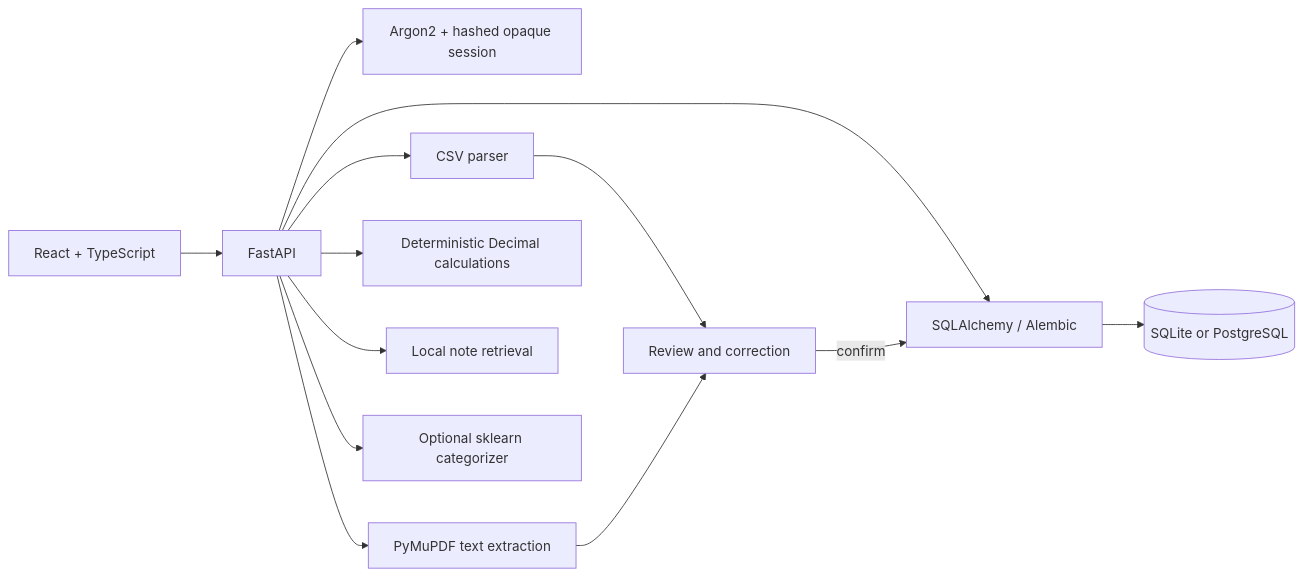
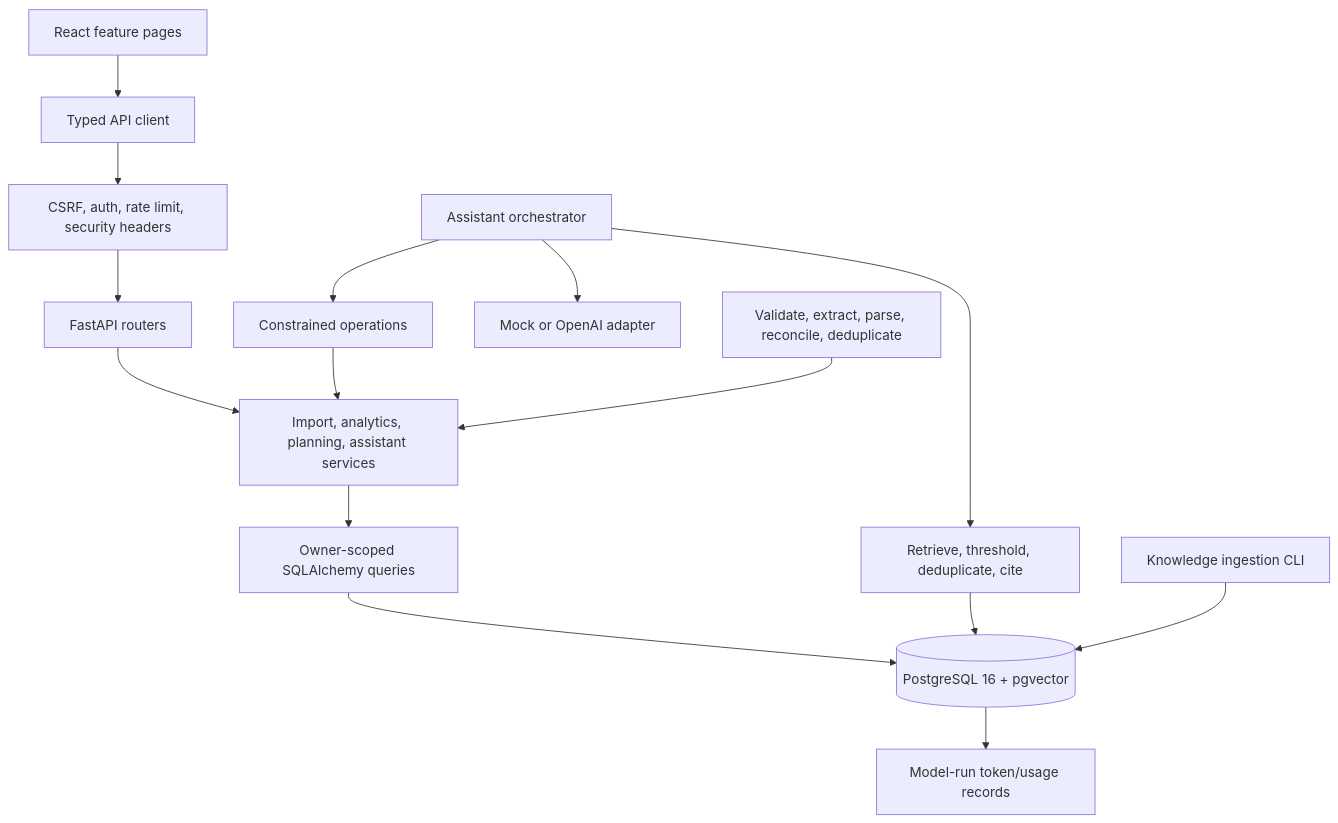
One commit to rishita0706/FINSIGHT-AI changed the diagram in docs/architecture.md. Above: the diagram before and after it, drawn with Mermaid. The commit also changed other lines of this file and 48 other files, not shown here.

````diff
--- a/docs/architecture.md
+++ b/docs/architecture.md
@@ -5,15 +5,17 @@
 ```mermaid
-flowchart LR
-  Browser[React + TypeScript] --> API[FastAPI]
-  API --> Auth[Argon2 + hashed opaque session]
-  API --> SQL[SQLAlchemy / Alembic]
-  SQL --> DB[(SQLite or PostgreSQL)]
-  API --> CSV[CSV parser]
-  API --> PDF[PyMuPDF text extraction]
-  CSV --> Review[Review and correction]
-  PDF --> Review
-  Review -->|confirm| SQL
-  API --> Calc[Deterministic Decimal calculations]
-  API --> LocalRAG[Local note retrieval]
-  API --> ML[Optional sklearn categorizer]
+flowchart TB
+  UI[React feature pages] --> API[Typed API client]
+  API --> MW[CSRF, auth, rate limit, security headers]
+  MW --> ROUTES[FastAPI routers]
+  ROUTES --> SERVICES[Import, analytics, planning, assistant services]
+  SERVICES --> REPO[Owner-scoped SQLAlchemy queries]
+  REPO --> PG[(PostgreSQL 16 + pgvector)]
+  ASSISTANT[Assistant orchestrator] --> PERSONAL[Constrained operations]
+  PERSONAL --> SERVICES
+  ASSISTANT --> RAG[Retrieve, threshold, deduplicate, cite]
+  RAG --> PG
+  ASSISTANT --> LLM[Mock or OpenAI adapter]
+  IMPORT[Validate, extract, parse, reconcile, deduplicate] --> SERVICES
+  INGEST[Knowledge ingestion CLI] --> PG
+  PG --> RUNS[Model-run token/usage records]
 ```
````
